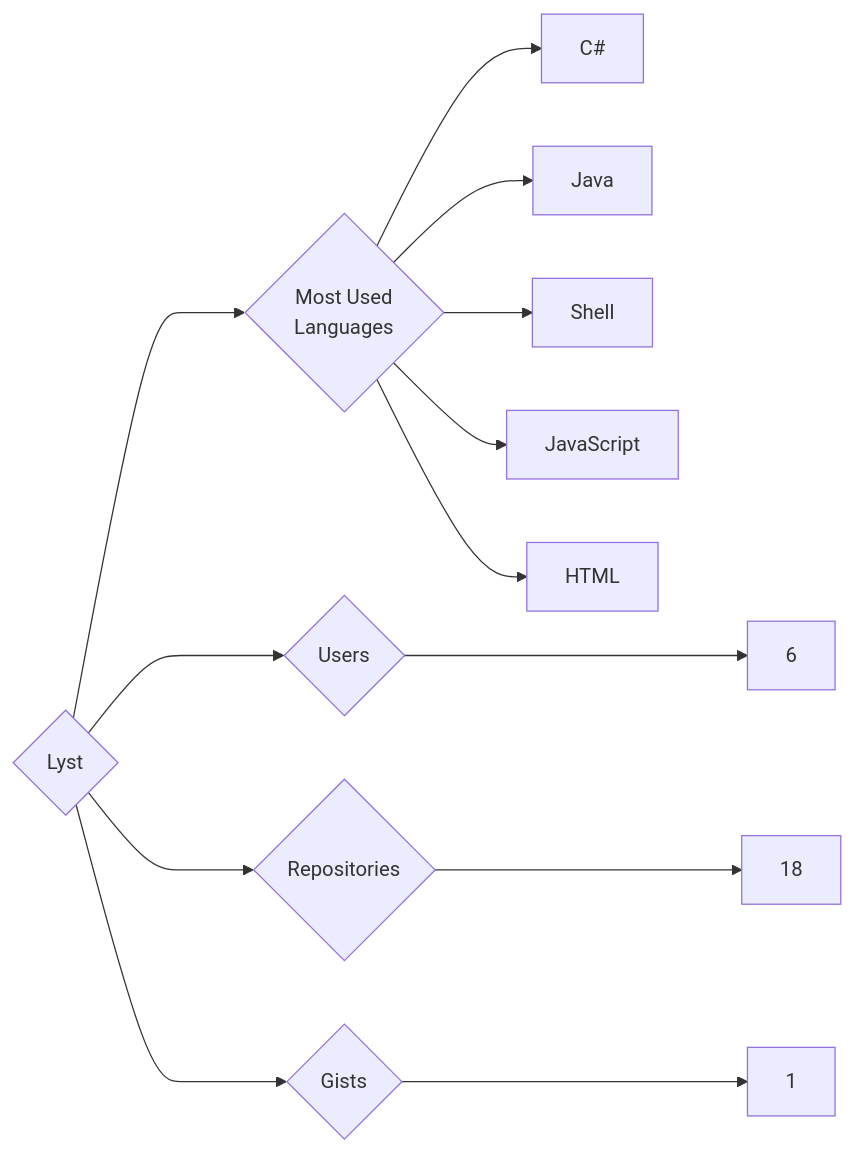
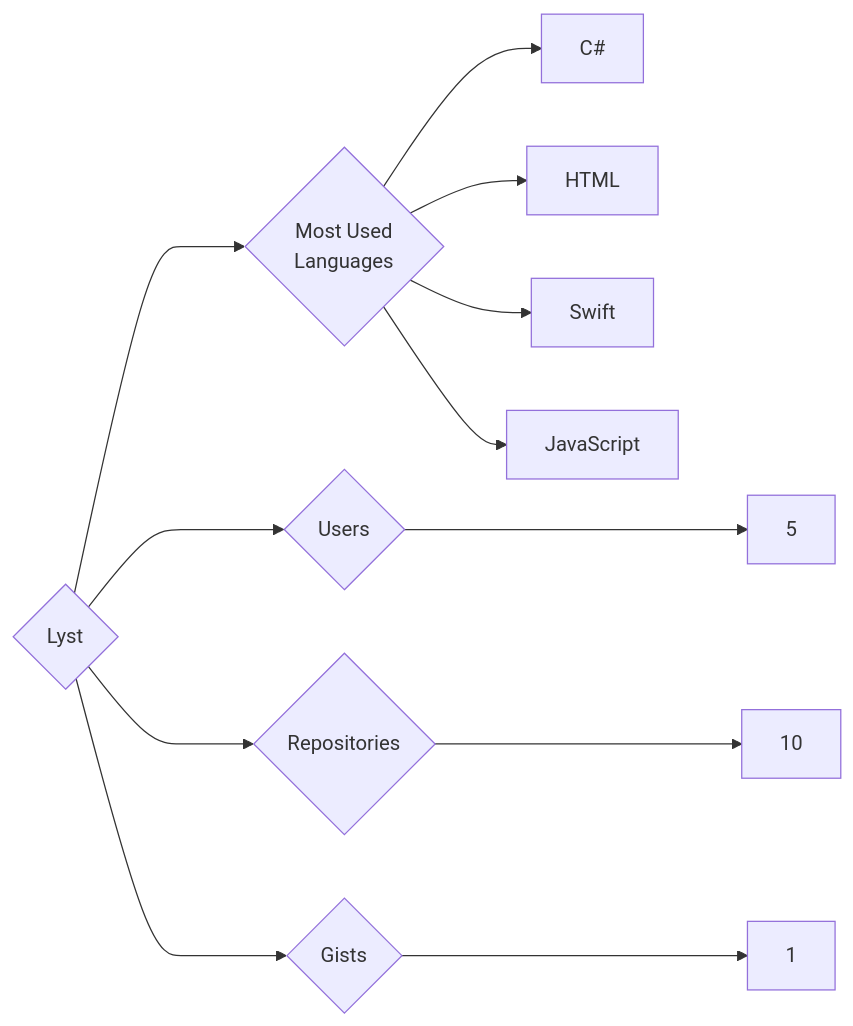
The diagram in targets/Lyst/README.md (trickest/insiders), drawn with Mermaid before and after one commit. The commit also changed 787 other files, not shown here.

````diff
--- a/targets/Lyst/README.md
+++ b/targets/Lyst/README.md
@@ -3,13 +3,12 @@
 ```mermaid
 graph LR
 COMPANY_NAME{Lyst}
-COMPANY_NAME ---> U{Users} ---> UN[6]
-COMPANY_NAME ---> R{Repositories} ---> RN[18]
+COMPANY_NAME ---> U{Users} ---> UN[5]
+COMPANY_NAME ---> R{Repositories} ---> RN[10]
 COMPANY_NAME ---> G{Gists} ---> GN[1]
 COMPANY_NAME ---> ML{Most Used<br>Languages}
 ML --> C#[C#]
-ML --> Java[Java]
-ML --> Shell[Shell]
+ML --> HTML[HTML]
+ML --> Swift[Swift]
 ML --> JavaScript[JavaScript]
-ML --> HTML[HTML]
 ```
````
